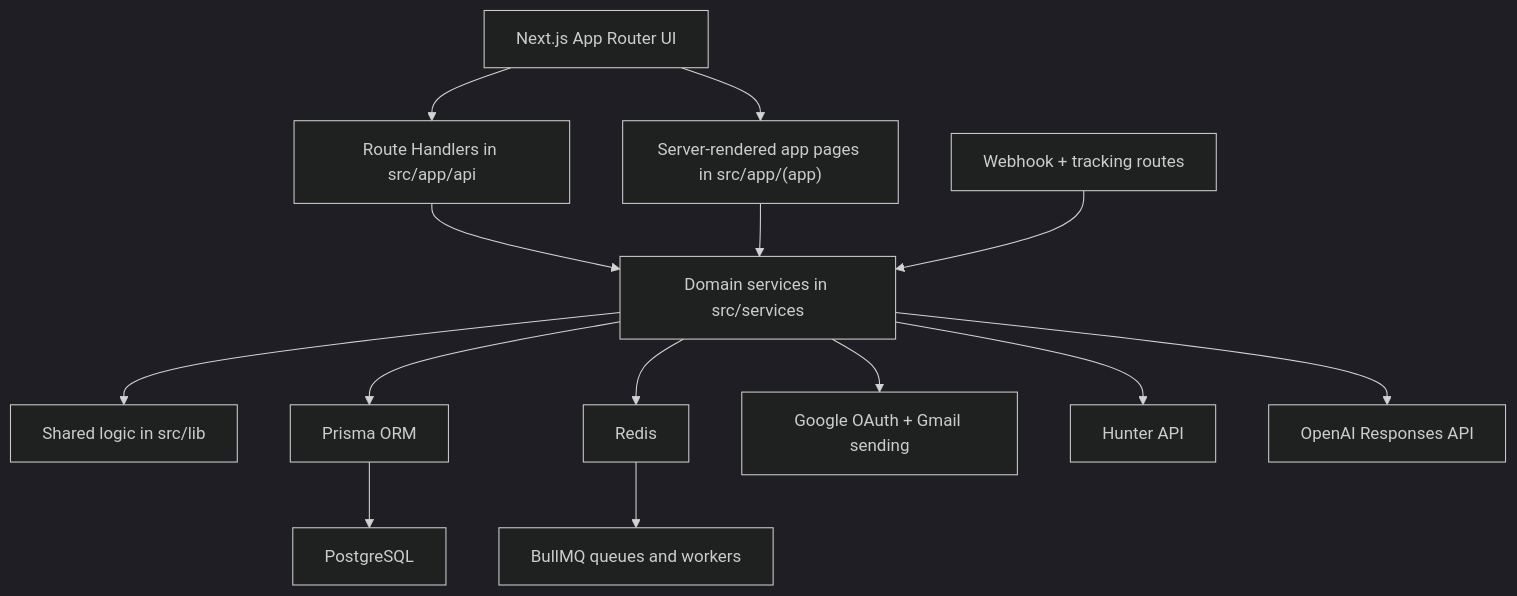
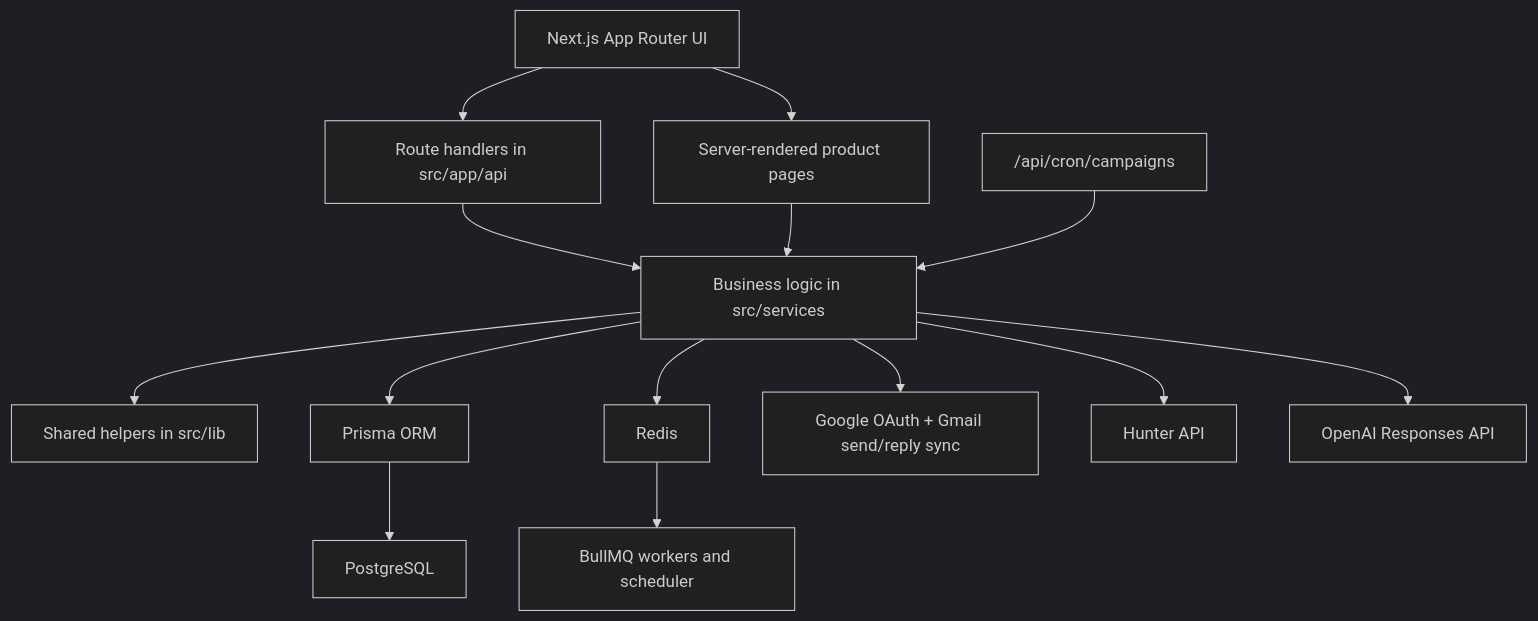
Before and after one commit to ka8540/Sendloom: the second of 2 diagrams in README.md, drawn with Mermaid (dark theme). The commit also changed other lines of this file, not shown here.

Commit message:
Refresh README for current product surface

````diff
--- a/README.md
+++ b/README.md
@@ -138,16 +146,16 @@
 ```mermaid
 flowchart TD
-    UI["Next.js App Router UI"] --> API["Route Handlers in src/app/api"]
-    UI --> SSR["Server-rendered app pages in src/app/(app)"]
-    API --> Services["Domain services in src/services"]
+    UI["Next.js App Router UI"] --> API["Route handlers in src/app/api"]
+    UI --> SSR["Server-rendered product pages"]
+    API --> Services["Business logic in src/services"]
     SSR --> Services
-    Services --> Lib["Shared logic in src/lib"]
+    Services --> Lib["Shared helpers in src/lib"]
     Services --> Prisma["Prisma ORM"]
     Prisma --> Postgres["PostgreSQL"]
     Services --> Redis["Redis"]
-    Redis --> Workers["BullMQ queues and workers"]
-    Services --> Google["Google OAuth + Gmail sending"]
+    Redis --> Workers["BullMQ workers and scheduler"]
+    Services --> Google["Google OAuth + Gmail send/reply sync"]
     Services --> Hunter["Hunter API"]
     Services --> OpenAI["OpenAI Responses API"]
-    Webhooks["Webhook + tracking routes"] --> Services
+    Cron["/api/cron/campaigns"] --> Services
 ```
````
